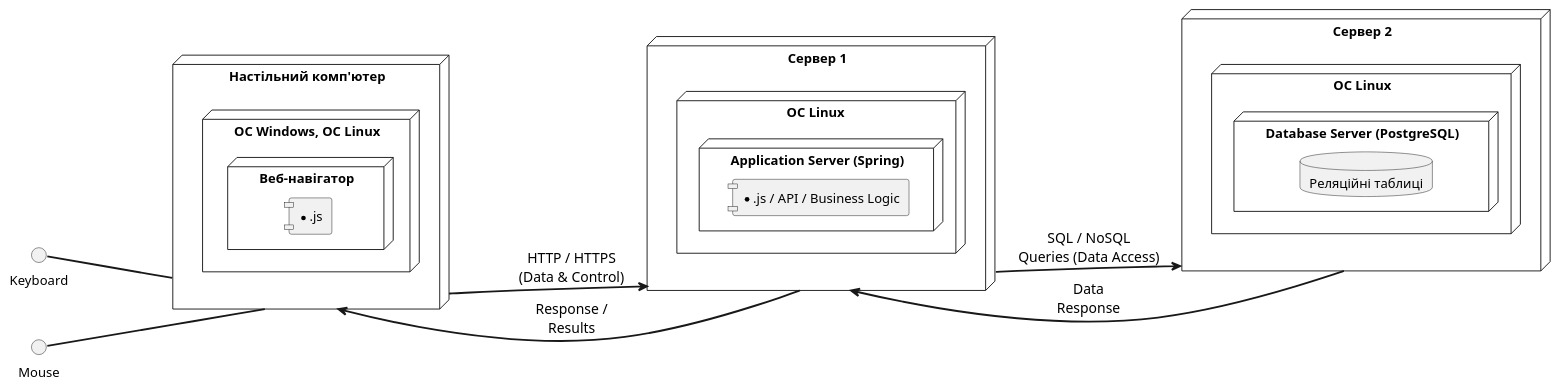
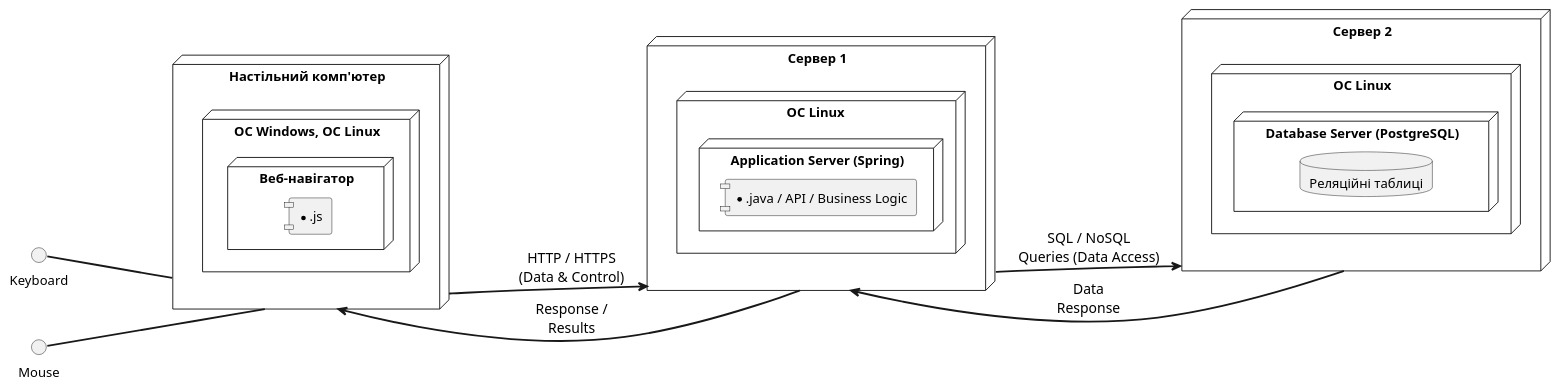
The diagram in UML-Deployment.puml (Liudmyla11/lab2), drawn with PlantUML before and after one commit.

```diff
--- a/UML-Deployment.puml
+++ b/UML-Deployment.puml
@@ -1,43 +1,43 @@
 @startuml
 left to right direction
 skinparam ArrowFontSize 15
 skinparam ArrowFontColor Black
 skinparam ArrowThickness 2
 skinparam componentStyle uml1
 
 node "Настільний комп'ютер" as Desktop {
   node "OC Windows, ОС Linux" as OS_Desktop {
     node "Веб-навігатор" as Browser {
       component [*.js]
     }
   }
 }
 
 interface Keyboard 
 
 interface Mouse 
 
   Keyboard -- Desktop
   Mouse -- Desktop
 
 node "Сервер 1" as Server1 {
   node "ОС Linux " as OS_Server1 {
     node "Application Server (Spring)" as AppServer {
-       component [*.js / API / Business Logic]
+       component [*.java / API / Business Logic]
     }
   }
 }
 
 node "Сервер 2" as Server2 {
   node "ОС Linux" as OS_Server2 {
     node "Database Server (PostgreSQL)" as DBServer {
        database "Реляційні таблиці"
     }
   }
 }
 
 Desktop --> Server1 : HTTP / HTTPS\n(Data & Control)
 Server1 --> Server2 : SQL / NoSQL\nQueries (Data Access)
 Server2 --> Server1 : Data\nResponse
 Server1 --> Desktop : Response /\nResults
 @enduml
```
